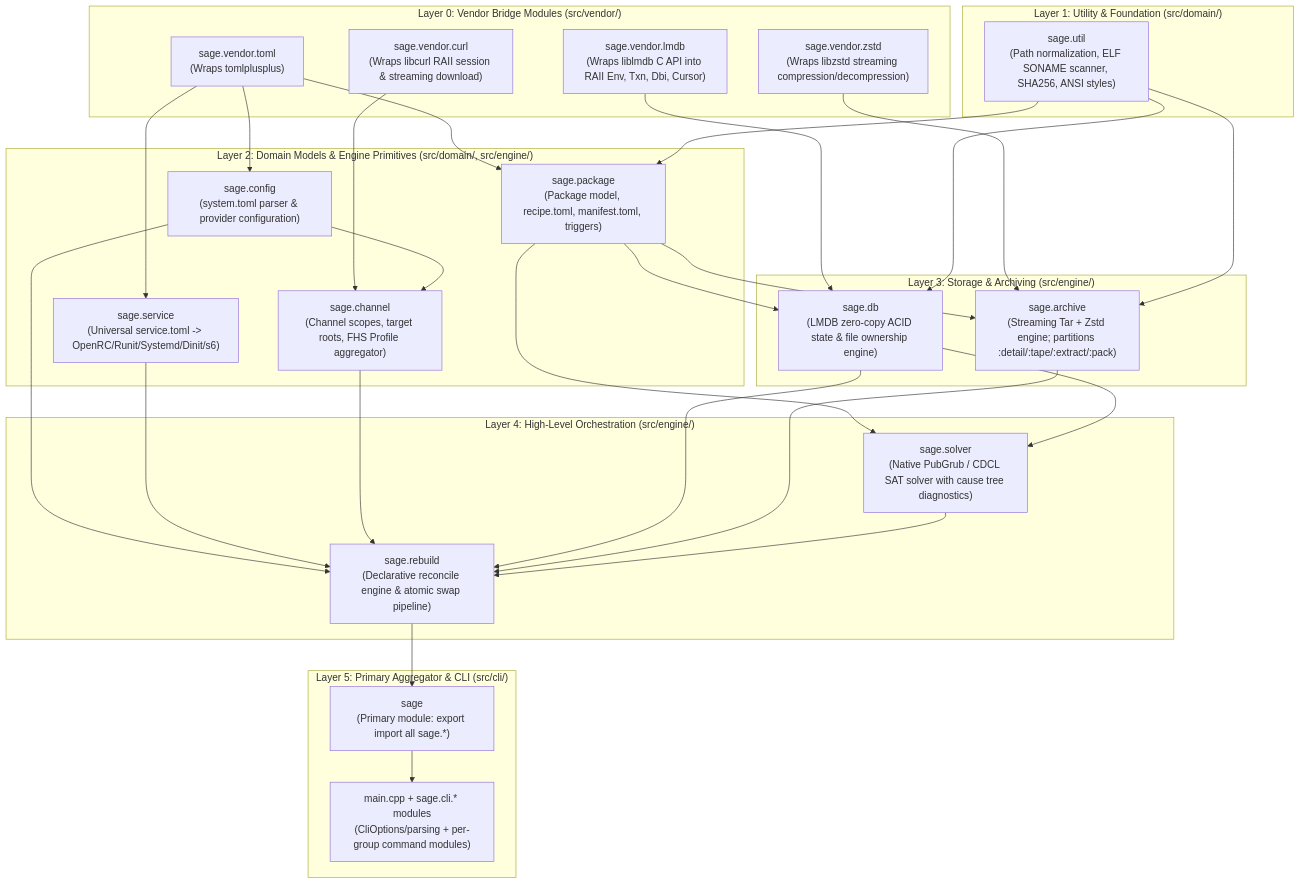
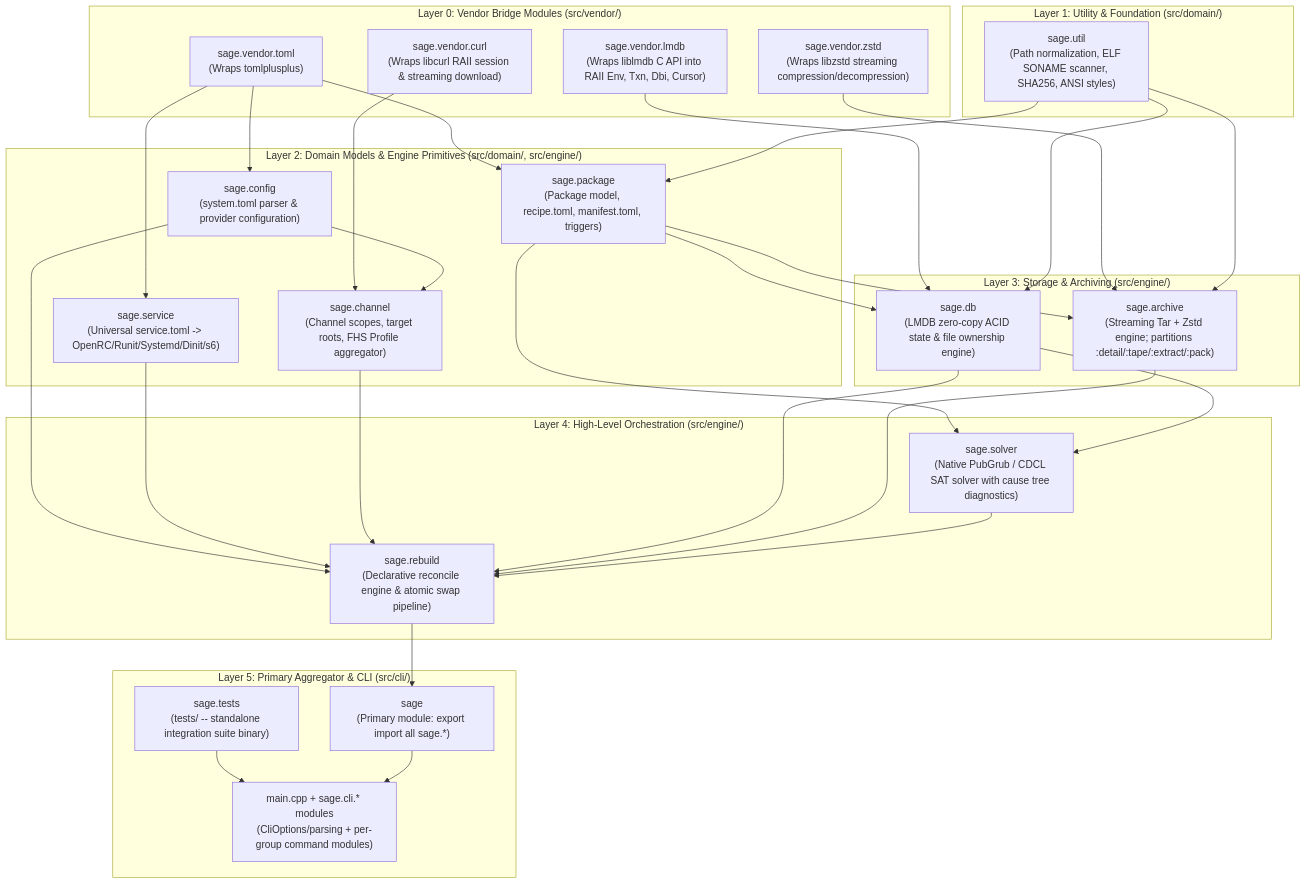
One commit to antinomie1/sage changed the diagram in docs/MODULES.md. Above: the diagram before and after it, drawn with Mermaid. The commit also changed 7 other files, not shown here.

First line of the commit message:
refactor(tests): move integration suite out of src into its own binary

````diff
--- a/docs/MODULES.md
+++ b/docs/MODULES.md
@@ -9,58 +9,60 @@
 ```mermaid
 graph TD
     subgraph Layer0["Layer 0: Vendor Bridge Modules (src/vendor/)"]
         LMDB["sage.vendor.lmdb<br/>(Wraps liblmdb C API into RAII Env, Txn, Dbi, Cursor)"]
         ZSTD["sage.vendor.zstd<br/>(Wraps libzstd streaming compression/decompression)"]
         TOML["sage.vendor.toml<br/>(Wraps tomlplusplus)"]
         CURL["sage.vendor.curl<br/>(Wraps libcurl RAII session & streaming download)"]
     end
 
     subgraph Layer1["Layer 1: Utility & Foundation (src/domain/)"]
         UTIL["sage.util<br/>(Path normalization, ELF SONAME scanner, SHA256, ANSI styles)"]
     end
 
     subgraph Layer2["Layer 2: Domain Models & Engine Primitives (src/domain/, src/engine/)"]
         CONFIG["sage.config<br/>(system.toml parser & provider configuration)"]
         PKG["sage.package<br/>(Package model, recipe.toml, manifest.toml, triggers)"]
         SVC["sage.service<br/>(Universal service.toml -> OpenRC/Runit/Systemd/Dinit/s6)"]
         CHAN["sage.channel<br/>(Channel scopes, target roots, FHS Profile aggregator)"]
     end
 
     subgraph Layer3["Layer 3: Storage & Archiving (src/engine/)"]
         DB["sage.db<br/>(LMDB zero-copy ACID state & file ownership engine)"]
         ARCH["sage.archive<br/>(Streaming Tar + Zstd engine; partitions :detail/:tape/:extract/:pack)"]
     end
 
     subgraph Layer4["Layer 4: High-Level Orchestration (src/engine/)"]
         SOLVER["sage.solver<br/>(Native PubGrub / CDCL SAT solver with cause tree diagnostics)"]
         REBUILD["sage.rebuild<br/>(Declarative reconcile engine & atomic swap pipeline)"]
     end
 
     subgraph Layer5["Layer 5: Primary Aggregator & CLI (src/cli/)"]
         ROOT["sage<br/>(Primary module: export import all sage.*)"]
         CLI["main.cpp + sage.cli.* modules<br/>(CliOptions/parsing + per-group command modules)"]
+        TESTS["sage.tests<br/>(tests/ -- standalone integration suite binary)"]
     end
 
     LMDB --> DB
     ZSTD --> ARCH
     TOML --> CONFIG
     TOML --> PKG
     TOML --> SVC
     CURL --> CHAN
     UTIL --> PKG
     UTIL --> ARCH
     UTIL --> DB
     PKG --> DB
     PKG --> ARCH
     PKG --> SOLVER
     CONFIG --> CHAN
     CONFIG --> REBUILD
     SVC --> REBUILD
     CHAN --> REBUILD
     DB --> SOLVER
     DB --> REBUILD
     ARCH --> REBUILD
     SOLVER --> REBUILD
     REBUILD --> ROOT
+    TESTS --> CLI
     ROOT --> CLI
 ```
````
